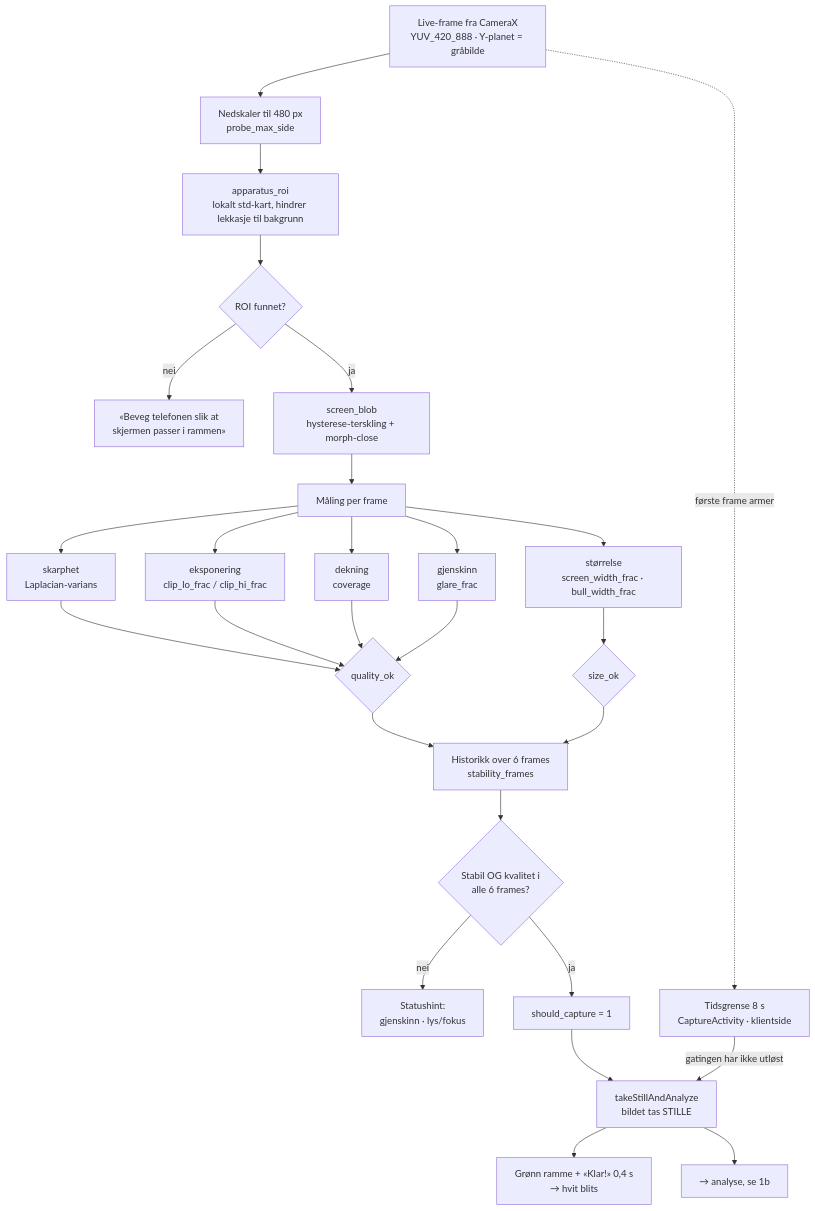
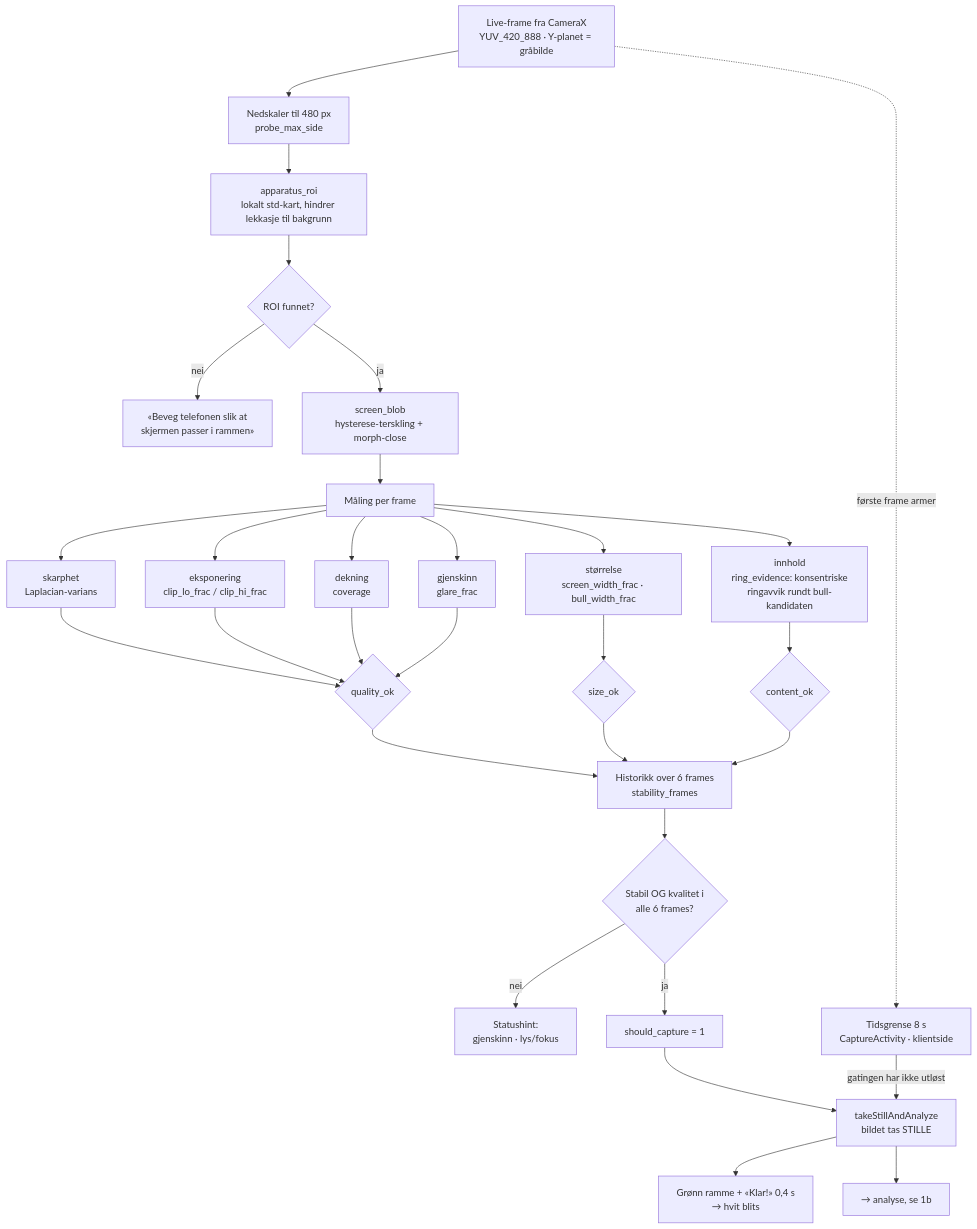
The first of 4 diagrams in docs/flytskjema.md (mrleenudler/bestefar), drawn with Mermaid before and after one commit. The commit also changed other lines of this file and 18 other files, not shown here.

````diff
--- a/docs/flytskjema.md
+++ b/docs/flytskjema.md
@@ -24,29 +24,32 @@
 ```mermaid
 flowchart TD
     A["Live-frame fra CameraX<br/>YUV_420_888 · Y-planet = gråbilde"] --> B["Nedskaler til 480 px<br/>probe_max_side"]
     B --> C["apparatus_roi<br/>lokalt std-kart, hindrer lekkasje til bakgrunn"]
     C --> D{"ROI funnet?"}
     D -->|"nei"| T1["«Beveg telefonen slik at<br/>skjermen passer i rammen»"]
     D -->|"ja"| E["screen_blob<br/>hysterese-terskling + morph-close"]
     E --> F["Måling per frame"]
     F --> G1["skarphet<br/>Laplacian-varians"]
     F --> G2["eksponering<br/>clip_lo_frac / clip_hi_frac"]
     F --> G3["dekning<br/>coverage"]
     F --> G4["gjenskinn<br/>glare_frac"]
     F --> G5["størrelse<br/>screen_width_frac · bull_width_frac"]
+    F --> G6["innhold<br/>ring_evidence: konsentriske<br/>ringavvik rundt bull-kandidaten"]
     G1 --> Q{"quality_ok"}
     G2 --> Q
     G3 --> Q
     G4 --> Q
     G5 --> S{"size_ok"}
+    G6 --> N{"content_ok"}
     Q --> H["Historikk over 6 frames<br/>stability_frames"]
     S --> H
+    N --> H
     H --> I{"Stabil OG kvalitet i<br/>alle 6 frames?"}
     I -->|"nei"| T2["Statushint:<br/>gjenskinn · lys/fokus"]
     I -->|"ja"| J["should_capture = 1"]
     J --> K["takeStillAndAnalyze<br/>bildet tas STILLE"]
     K --> L["Grønn ramme + «Klar!» 0,4 s<br/>→ hvit blits"]
     K --> M["→ analyse, se 1b"]
     A -.->|"første frame armer"| TO["Tidsgrense 8 s<br/>CaptureActivity · klientside"]
     TO -->|"gatingen har ikke utløst"| K
 ```
````
